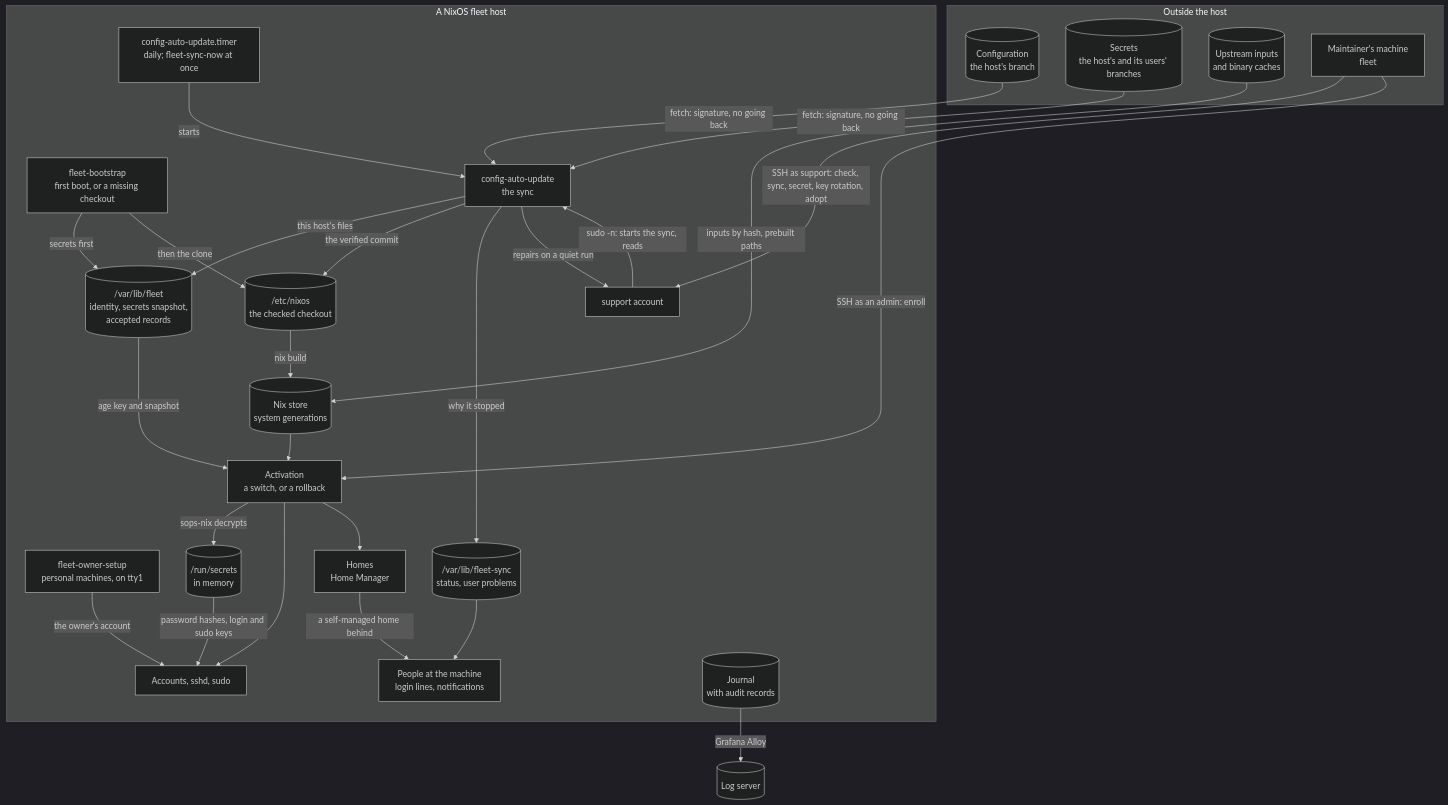
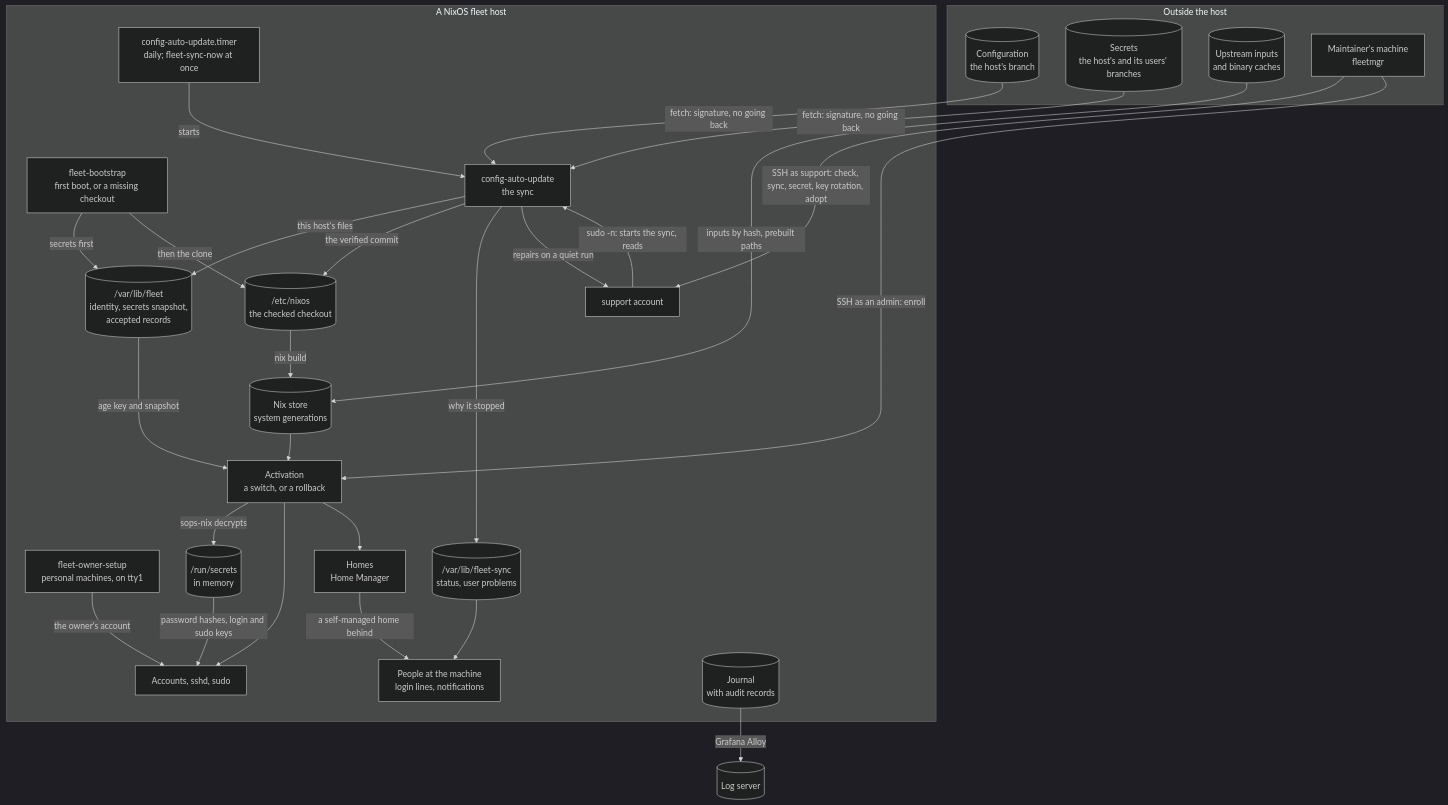
One commit to nnishant776/fleet-manager changed the second of 4 diagrams in docs/how-it-works.md. Above: the diagram before and after it, drawn with Mermaid (dark theme). The commit also changed other lines of this file and 149 other files, not shown here.

````diff
--- a/docs/how-it-works.md
+++ b/docs/how-it-works.md
@@ -157,52 +157,52 @@
 ```mermaid
 flowchart TB
     subgraph outside["Outside the host"]
         inv[("Configuration<br/>the host's branch")]
         sec[("Secrets<br/>the host's and its users' branches")]
         up[("Upstream inputs<br/>and binary caches")]
-        maint["Maintainer's machine<br/>fleet"]
+        maint["Maintainer's machine<br/>fleetmgr"]
     end
     loki[("Log server")]
     subgraph host["A NixOS fleet host"]
         timer["config-auto-update.timer<br/>daily; fleet-sync-now at once"]
         boot["fleet-bootstrap<br/>first boot, or a missing checkout"]
         ownersetup["fleet-owner-setup<br/>personal machines, on tty1"]
         sync["config-auto-update<br/>the sync"]
         state[("/var/lib/fleet<br/>identity, secrets snapshot,<br/>accepted records")]
         checkout[("/etc/nixos<br/>the checked checkout")]
         store[("Nix store<br/>system generations")]
         act["Activation<br/>a switch, or a rollback"]
         run[("/run/secrets<br/>in memory")]
         accounts["Accounts, sshd, sudo"]
         homes["Homes<br/>Home Manager"]
         status[("/var/lib/fleet-sync<br/>status, user problems")]
         people["People at the machine<br/>login lines, notifications"]
         support["support account"]
         journal[("Journal<br/>with audit records")]
     end
 
     timer -- "starts" --> sync
     sec -- "fetch: signature, no going back" --> sync
     inv -- "fetch: signature, no going back" --> sync
     boot -- "secrets first" --> state
     boot -- "then the clone" --> checkout
     sync -- "this host's files" --> state
     sync -- "the verified commit" --> checkout
     checkout -- "nix build" --> store
     up -- "inputs by hash, prebuilt paths" --> store
     store --> act
     state -- "age key and snapshot" --> act
     act -- "sops-nix decrypts" --> run
     act --> accounts
     act --> homes
     run -- "password hashes, login and sudo keys" --> accounts
     ownersetup -- "the owner's account" --> accounts
     sync -- "why it stopped" --> status
     status --> people
     homes -- "a self-managed home behind" --> people
     sync -- "repairs on a quiet run" --> support
     maint -- "SSH as support: check, sync, secret, key rotation, adopt" --> support
     support -- "sudo -n: starts the sync, reads" --> sync
     maint -- "SSH as an admin: enroll" --> act
     journal -- "Grafana Alloy" --> loki
 ```
````
